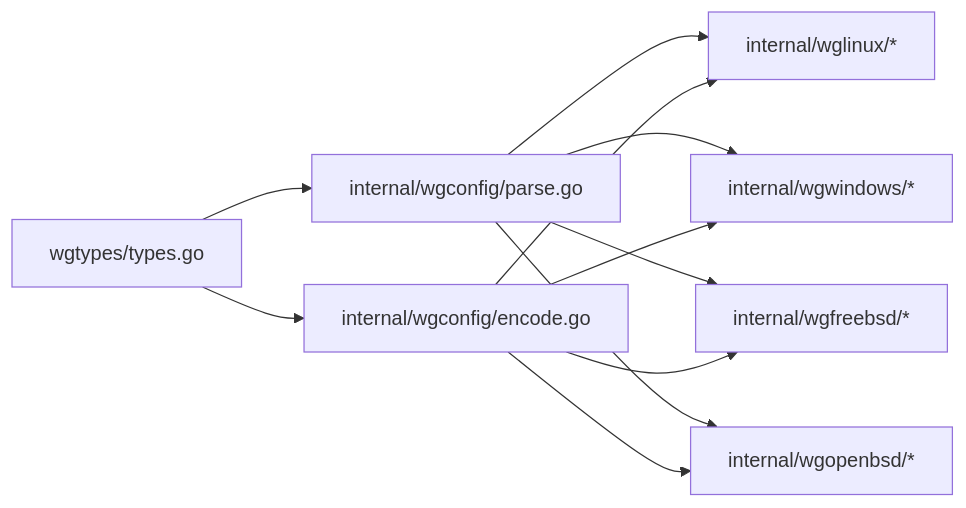
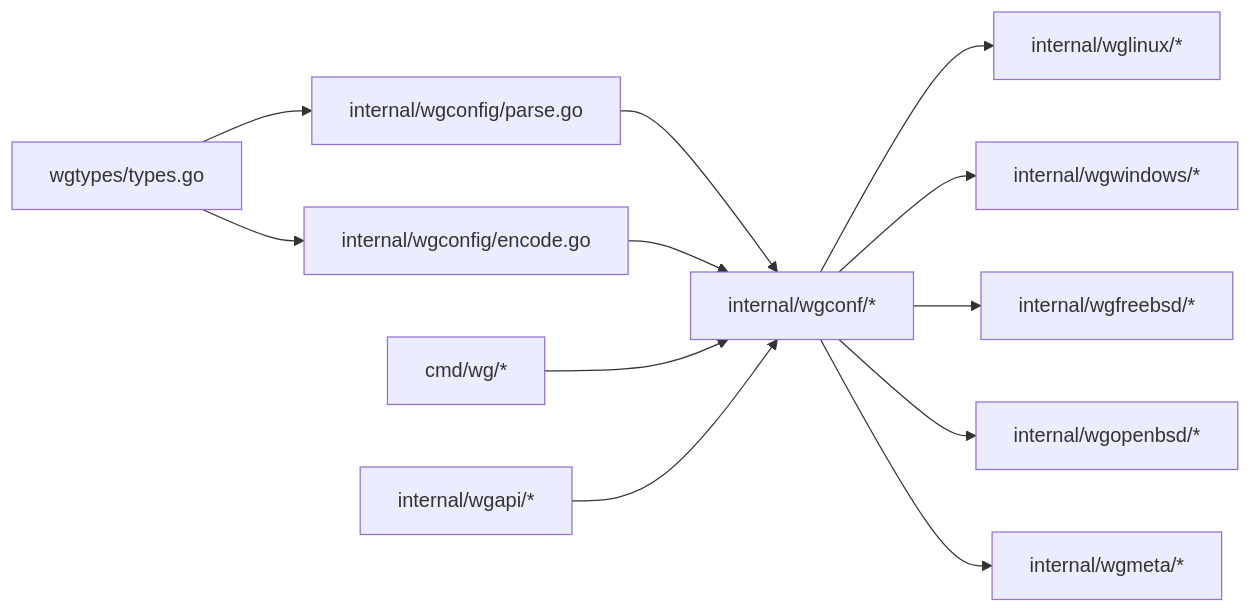
One commit to tea4go/wgctrl-go changed the sixth of 6 diagrams in .qoder/repowiki/zh/content/配置管理/配置管理.md. Above: the diagram before and after it, drawn with Mermaid. The commit also changed other lines of this file and 11 other files, not shown here.

````diff
--- a/.qoder/repowiki/zh/content/配置管理/配置管理.md
+++ b/.qoder/repowiki/zh/content/配置管理/配置管理.md
@@ -309,13 +379,14 @@
 ```mermaid
 graph LR
 Types["wgtypes/types.go"] --> Parse["internal/wgconfig/parse.go"]
 Types --> Encode["internal/wgconfig/encode.go"]
-Parse --> Linux["internal/wglinux/*"]
-Encode --> Linux
-Parse --> Windows["internal/wgwindows/*"]
-Encode --> Windows
-Parse --> FreeBSD["internal/wgfreebsd/*"]
-Encode --> FreeBSD
-Parse --> OpenBSD["internal/wgopenbsd/*"]
-Encode --> OpenBSD
+Parse --> WGConf["internal/wgconf/*"]
+Encode --> WGConf
+WGConf --> Linux["internal/wglinux/*"]
+WGConf --> Windows["internal/wgwindows/*"]
+WGConf --> FreeBSD["internal/wgfreebsd/*"]
+WGConf --> OpenBSD["internal/wgopenbsd/*"]
+WGConf --> Meta["internal/wgmeta/*"]
+Cmd["cmd/wg/*"] --> WGConf
+API["internal/wgapi/*"] --> WGConf
 ```
````
